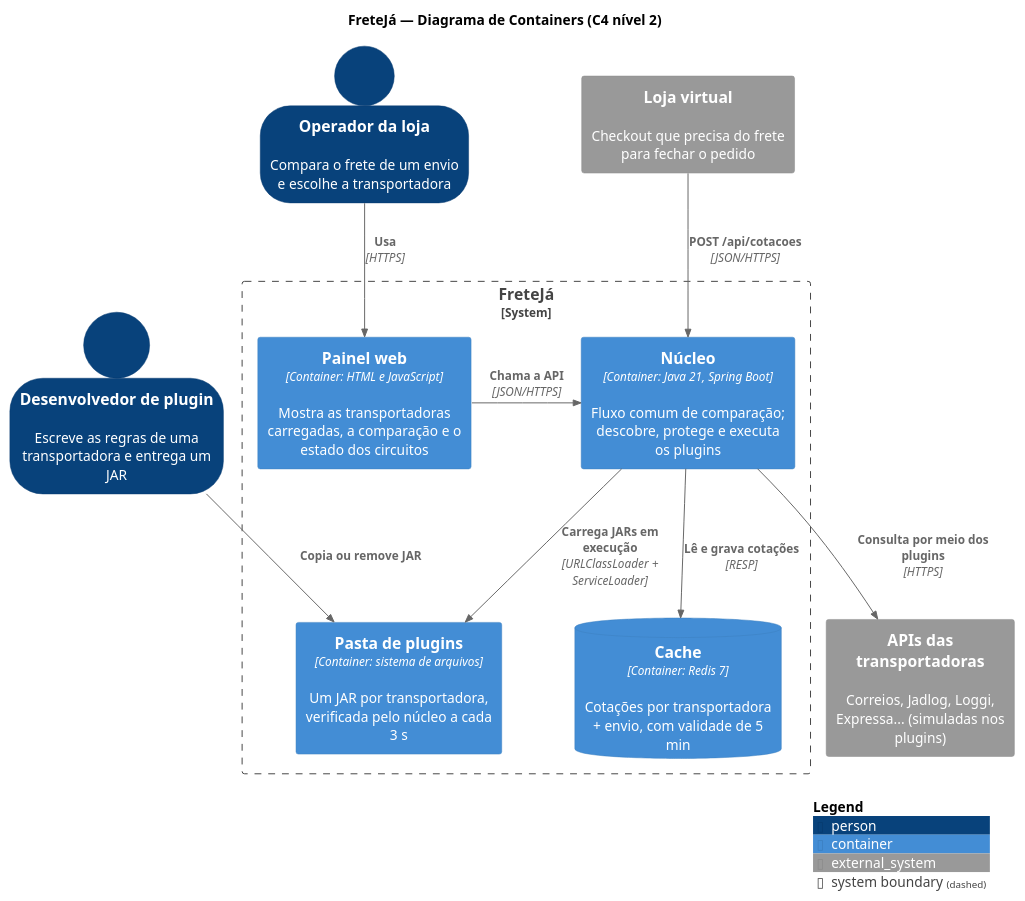
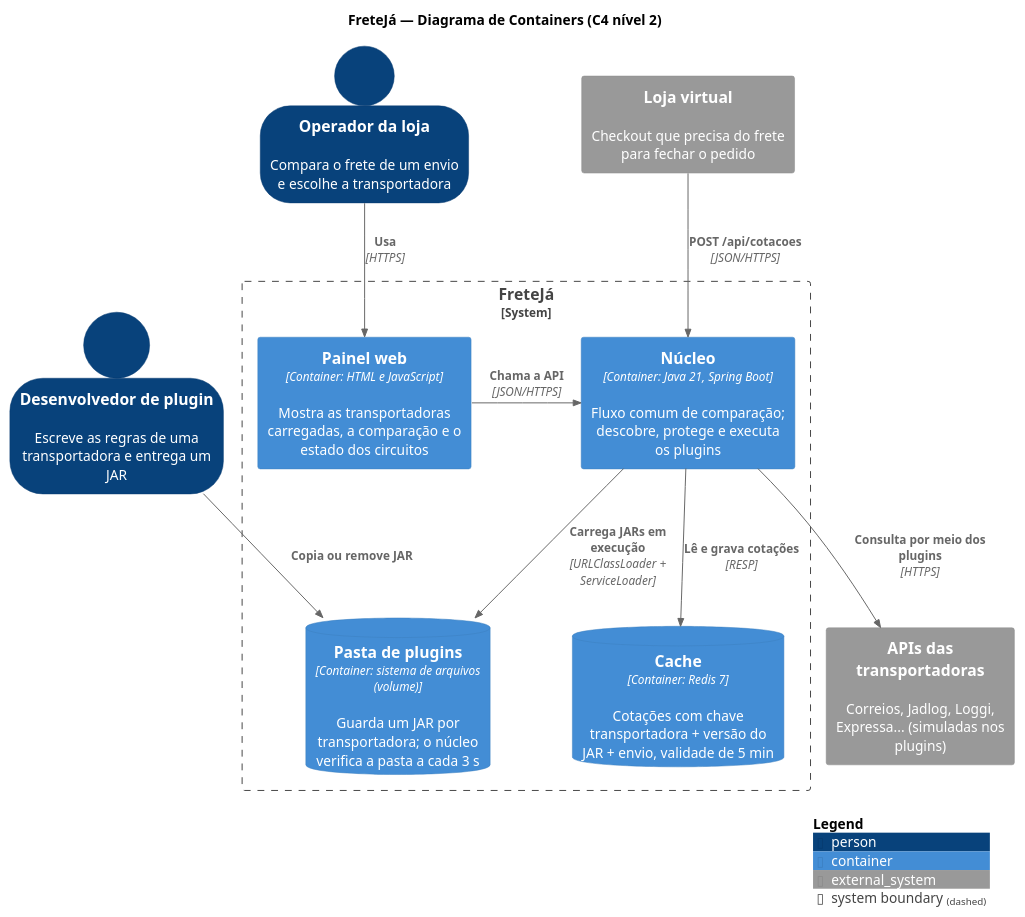
Before and after one commit to Bruno-GabrielDev/Frete-Ja: the diagram in docs/c4/2-containers.puml, drawn with PlantUML. The commit also changed 18 other files, not shown here.

First line of the commit message:
refactor(cache): chave versionada pelo hash do JAR no lugar da limpeza do cache

```diff
--- a/docs/c4/2-containers.puml
+++ b/docs/c4/2-containers.puml
@@ -1,28 +1,28 @@
 @startuml
 !include https://raw.githubusercontent.com/plantuml-stdlib/C4-PlantUML/master/C4_Container.puml
 
 SHOW_PERSON_OUTLINE()
 title FreteJá — Diagrama de Containers (C4 nível 2)
 
 Person(loja, "Operador da loja", "Compara o frete de um envio e escolhe a transportadora")
 Person(dev, "Desenvolvedor de plugin", "Escreve as regras de uma transportadora e entrega um JAR")
 System_Ext(lojaVirtual, "Loja virtual", "Checkout que precisa do frete para fechar o pedido")
 System_Ext(apis, "APIs das transportadoras", "Correios, Jadlog, Loggi, Expressa... (simuladas nos plugins)")
 
 System_Boundary(freteja, "FreteJá") {
     Container(painel, "Painel web", "Container: HTML e JavaScript", "Mostra as transportadoras carregadas, a comparação e o estado dos circuitos")
     Container(nucleo, "Núcleo", "Container: Java 21, Spring Boot", "Fluxo comum de comparação; descobre, protege e executa os plugins")
-    Container(pasta, "Pasta de plugins", "Container: sistema de arquivos", "Um JAR por transportadora, verificada pelo núcleo a cada 3 s")
-    ContainerDb(redis, "Cache", "Container: Redis 7", "Cotações por transportadora + envio, com validade de 5 min")
+    ContainerDb(pasta, "Pasta de plugins", "Container: sistema de arquivos (volume)", "Guarda um JAR por transportadora; o núcleo verifica a pasta a cada 3 s")
+    ContainerDb(redis, "Cache", "Container: Redis 7", "Cotações com chave transportadora + versão do JAR + envio, validade de 5 min")
 }
 
 Rel(loja, painel, "Usa", "HTTPS")
 Rel_Neighbor(painel, nucleo, "Chama a API", "JSON/HTTPS")
 Rel(lojaVirtual, nucleo, "POST /api/cotacoes", "JSON/HTTPS")
 Rel(dev, pasta, "Copia ou remove JAR")
 Rel(nucleo, pasta, "Carrega JARs em execução", "URLClassLoader + ServiceLoader")
 Rel(nucleo, redis, "Lê e grava cotações", "RESP")
 Rel(nucleo, apis, "Consulta por meio dos plugins", "HTTPS")
 
 SHOW_LEGEND()
 @enduml
```
